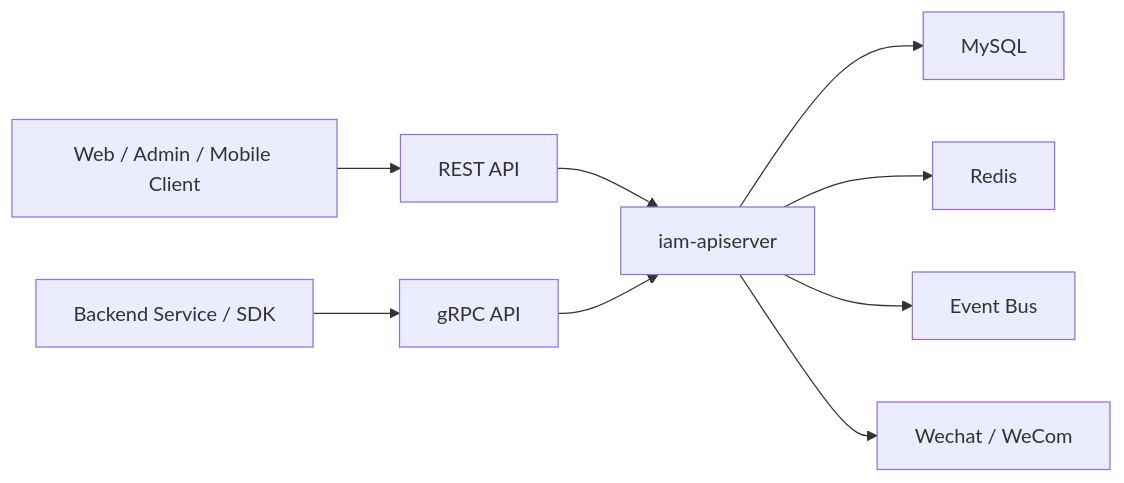
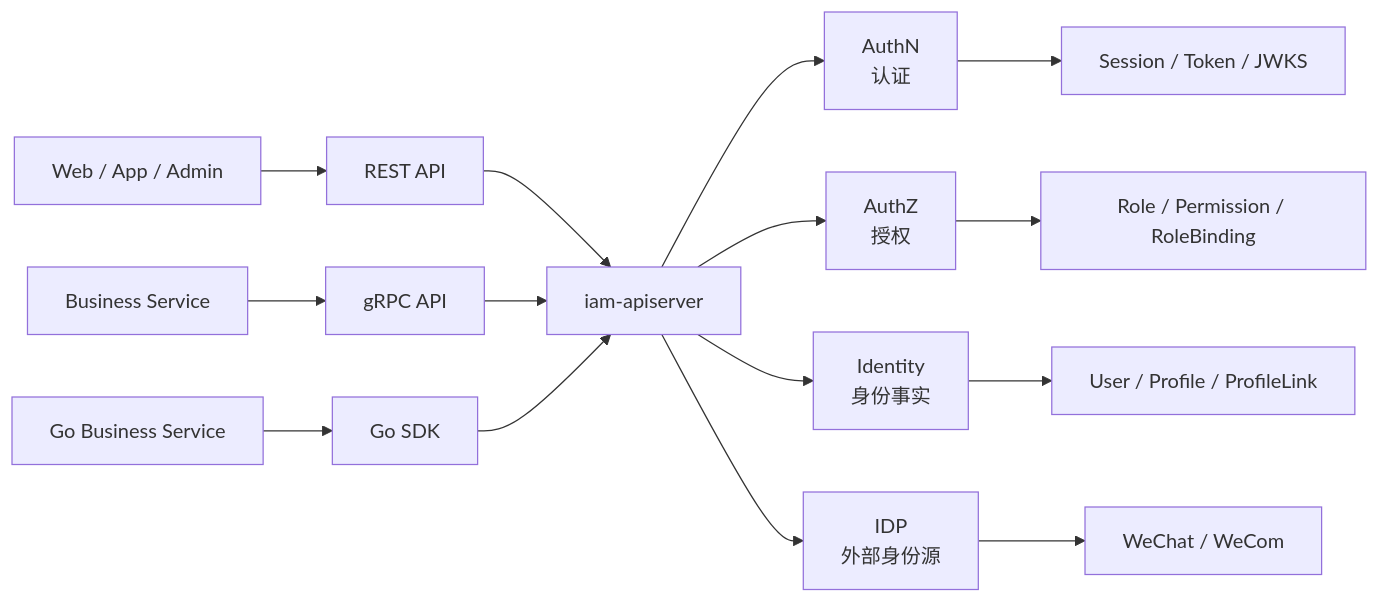
Before and after one commit to FangcunMount/iam: the first of 9 diagrams in docs/00-概览/01-系统架构总览.md, drawn with Mermaid. The commit also changed other lines of this file and 4 other files, not shown here.

````diff
--- a/docs/00-概览/01-系统架构总览.md
+++ b/docs/00-概览/01-系统架构总览.md
@@ -84,26 +107,20 @@
 ```mermaid
 flowchart LR
-    Client["Web / Admin / Mobile Client"]
-    Service["Backend Service / SDK"]
+    Client["Web / App / Admin"] --> REST["REST API"]
+    Service["Business Service"] --> GRPC["gRPC API"]
+    GoService["Go Business Service"] --> SDK["Go SDK"]
 
-    REST["REST API"]
-    GRPC["gRPC API"]
+    REST --> IAM["iam-apiserver"]
+    GRPC --> IAM
+    SDK --> IAM
 
-    IAM["iam-apiserver"]
+    IAM --> AuthN["AuthN<br/>认证"]
+    IAM --> AuthZ["AuthZ<br/>授权"]
+    IAM --> Identity["Identity<br/>身份事实"]
+    IAM --> IDP["IDP<br/>外部身份源"]
 
-    DB["MySQL"]
-    Redis["Redis"]
-    MQ["Event Bus"]
-    IDP["Wechat / WeCom"]
-
-    Client --> REST
-    Service --> GRPC
-
-    REST --> IAM
-    GRPC --> IAM
-
-    IAM --> DB
-    IAM --> Redis
-    IAM --> MQ
-    IAM --> IDP
+    AuthN --> Token["Session / Token / JWKS"]
+    AuthZ --> Policy["Role / Permission / RoleBinding"]
+    Identity --> Profile["User / Profile / ProfileLink"]
+    IDP --> ThirdParty["WeChat / WeCom"]
 ```
````
